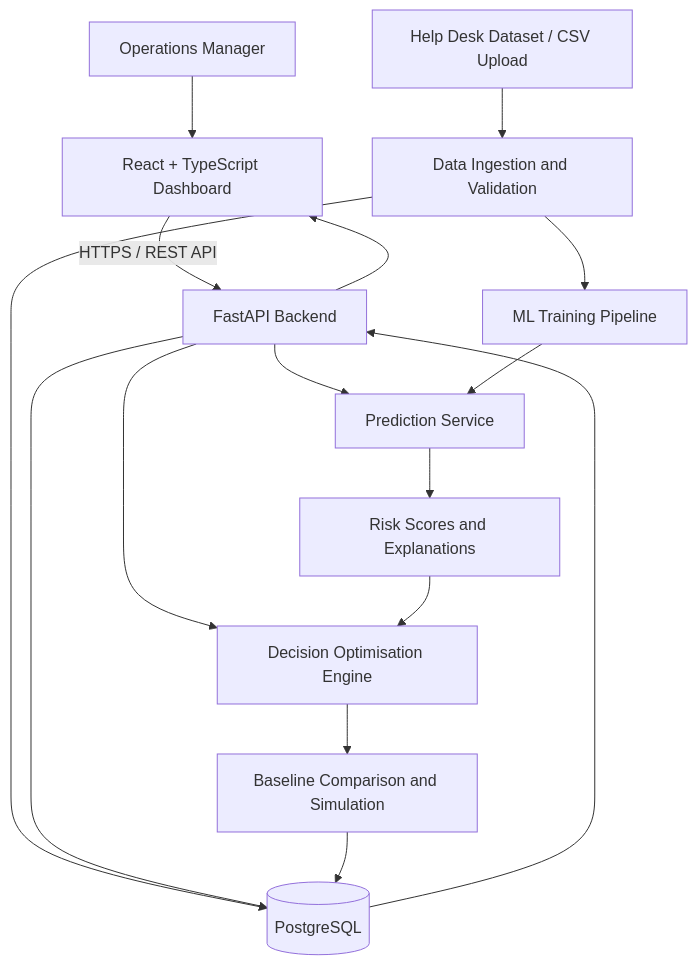
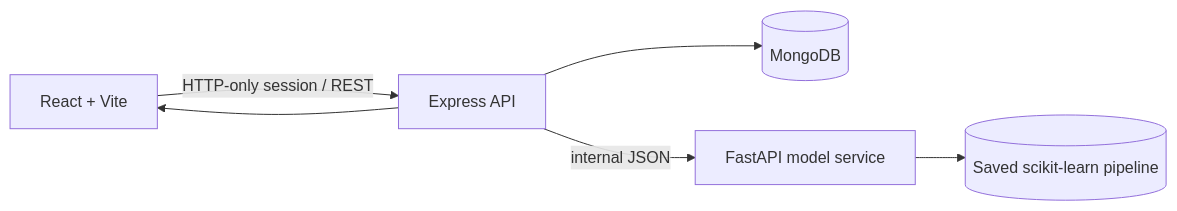
One commit to Ayushibansal805/OpPoliticsAI changed the diagram in README.md. Above: the diagram before and after it, drawn with Mermaid. The commit also changed other lines of this file and 84 other files, not shown here.

````diff
--- a/README.md
+++ b/README.md
@@ -221,22 +221,8 @@
 ```mermaid
-flowchart TD
-    U[Operations Manager] --> FE[React + TypeScript Dashboard]
-    FE -->|HTTPS / REST API| API[FastAPI Backend]
-
-    DATA[Help Desk Dataset / CSV Upload] --> ING[Data Ingestion and Validation]
-    ING --> DB[(PostgreSQL)]
-    ING --> ML[ML Training Pipeline]
-
-    API --> DB
-    API --> PRED[Prediction Service]
-    API --> OPT[Decision Optimisation Engine]
-
-    ML --> PRED
-    PRED --> EX[Risk Scores and Explanations]
-    EX --> OPT
-
-    OPT --> SIM[Baseline Comparison and Simulation]
-    SIM --> DB
-    DB --> API
-    API --> FE
+flowchart LR
+  Browser[React + Vite] -->|HTTP-only session / REST| API[Express API]
+  API --> DB[(MongoDB)]
+  API -->|internal JSON| ML[FastAPI model service]
+  ML --> Artifact[(Saved scikit-learn pipeline)]
+  API --> Browser
 ```
````
